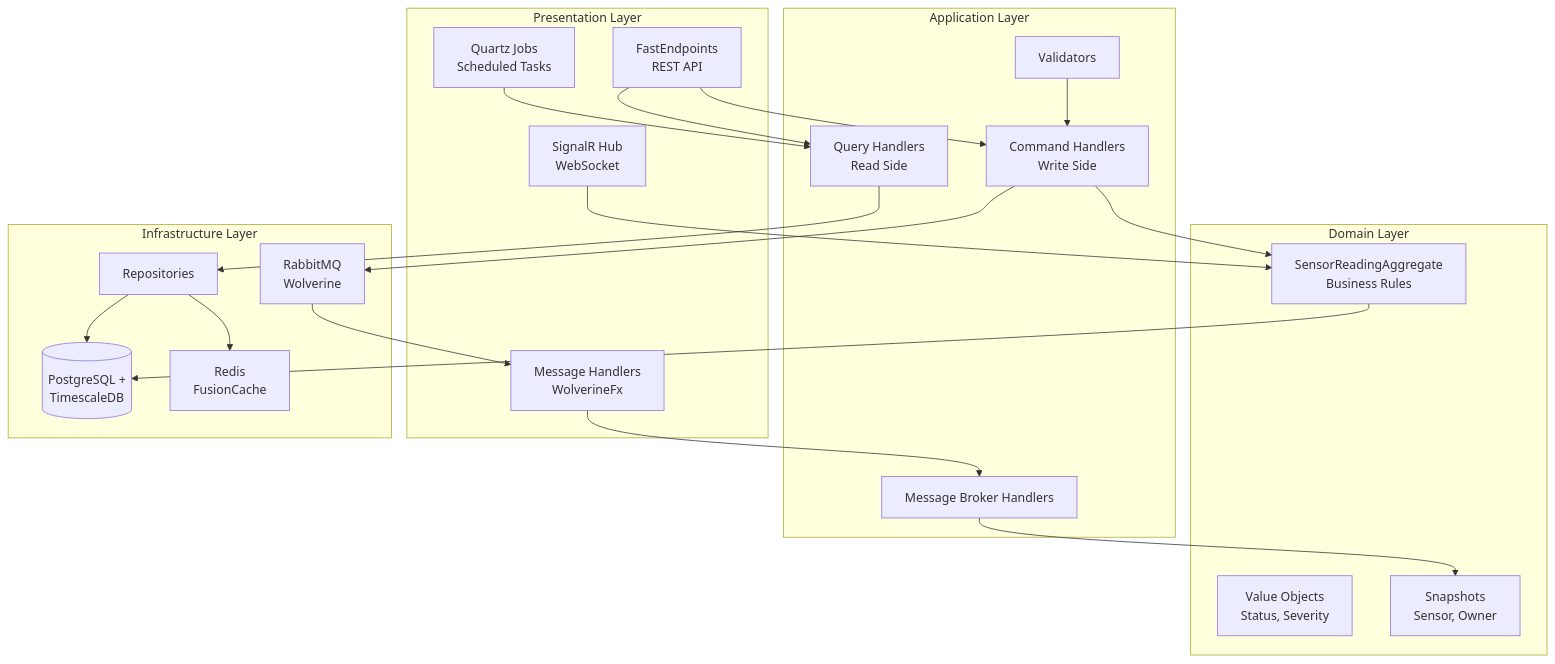
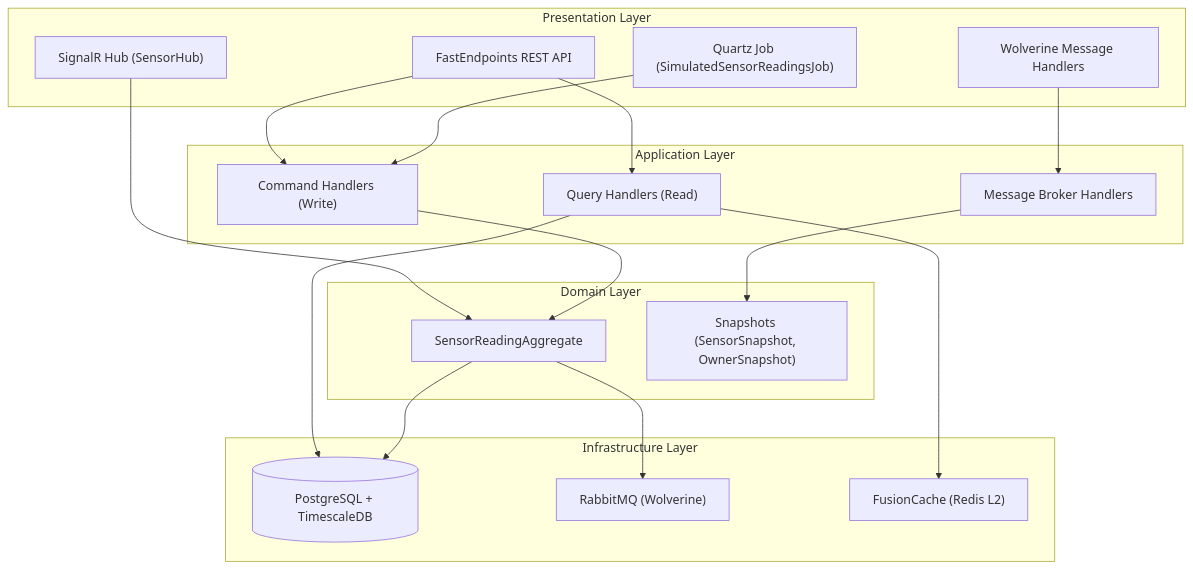
The second of 2 diagrams in README.md (rdpresser/tc-agro-sensor-ingest-service), drawn with Mermaid before and after one commit. The commit also changed other lines of this file, not shown here.

````diff
--- a/README.md
+++ b/README.md
@@ -72,44 +83,32 @@
 ```mermaid
 graph TB
     subgraph "Presentation Layer"
-        A[FastEndpoints<br/>REST API]
-        B[SignalR Hub<br/>WebSocket]
-        C[Message Handlers<br/>WolverineFx]
-        D[Quartz Jobs<br/>Scheduled Tasks]
+        A["FastEndpoints REST API"]
+        B["SignalR Hub (SensorHub)"]
+        C["Wolverine Message Handlers"]
+        D["Quartz Job (SimulatedSensorReadingsJob)"]
+    end
+    subgraph "Application Layer"
+        E["Command Handlers (Write)"]
+        F["Query Handlers (Read)"]
+        G["Message Broker Handlers"]
+    end
+    subgraph "Domain Layer"
+        H["SensorReadingAggregate"]
+        I["Snapshots (SensorSnapshot, OwnerSnapshot)"]
+    end
+    subgraph "Infrastructure Layer"
+        J[("PostgreSQL + TimescaleDB")]
+        K["RabbitMQ (Wolverine)"]
+        L["FusionCache (Redis L2)"]
     end
 
-    subgraph "Application Layer"
-        E[Command Handlers<br/>Write Side]
-        F[Query Handlers<br/>Read Side]
-        G[Message Broker Handlers]
-        H[Validators]
-    end
-
-    subgraph "Domain Layer"
-        I[SensorReadingAggregate<br/>Business Rules]
-        J[Value Objects<br/>Status, Severity]
-        K[Snapshots<br/>Sensor, Owner]
-    end
-
-    subgraph "Infrastructure Layer"
-        L[(PostgreSQL +<br/>TimescaleDB)]
-        M[RabbitMQ<br/>Wolverine]
-        N[Redis<br/>FusionCache]
-        O[Repositories]
-    end
-
-    A --> E
-    A --> F
-    B --> I
+    A --> E & F
+    B --> H
     C --> G
-    D --> F
-    E --> I
-    F --> O
-    G --> K
-    H --> E
-    I --> L
-    O --> L
-    O --> N
-    M --> C
-    E --> M
+    D --> E
+    E --> H
+    F --> J & L
+    G --> I
+    H --> J & K
 ```
````
